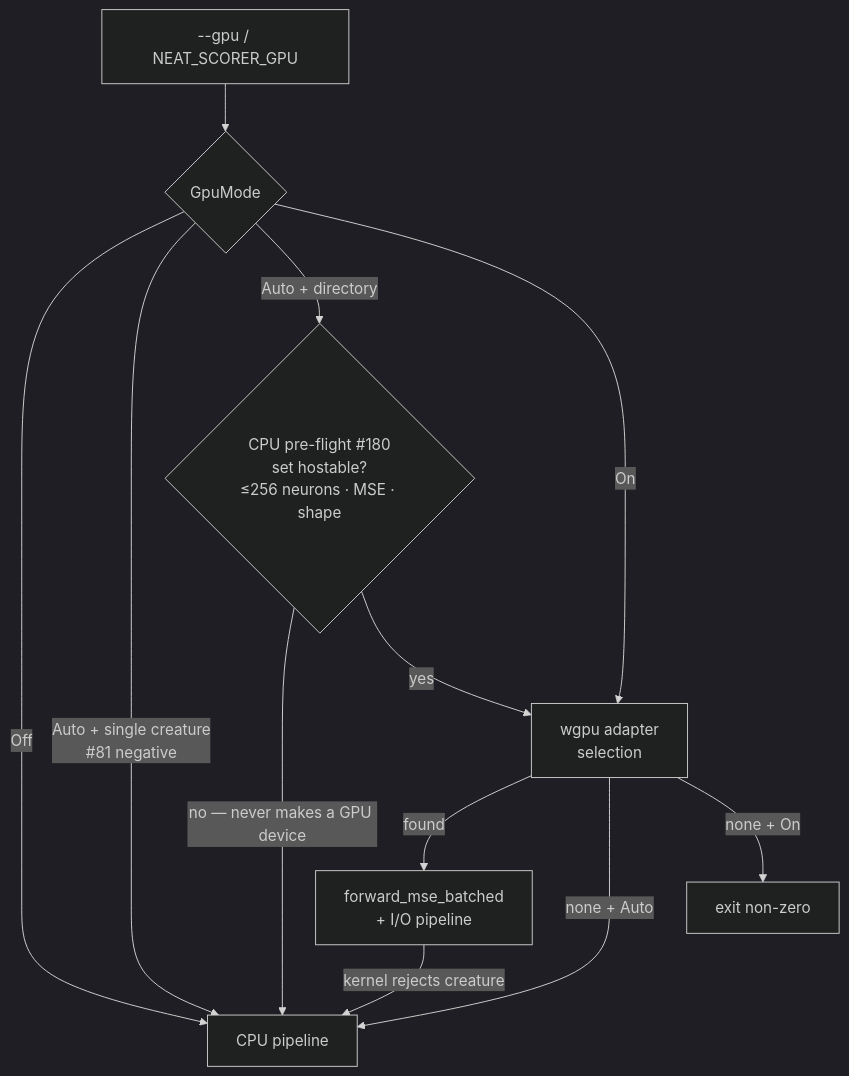
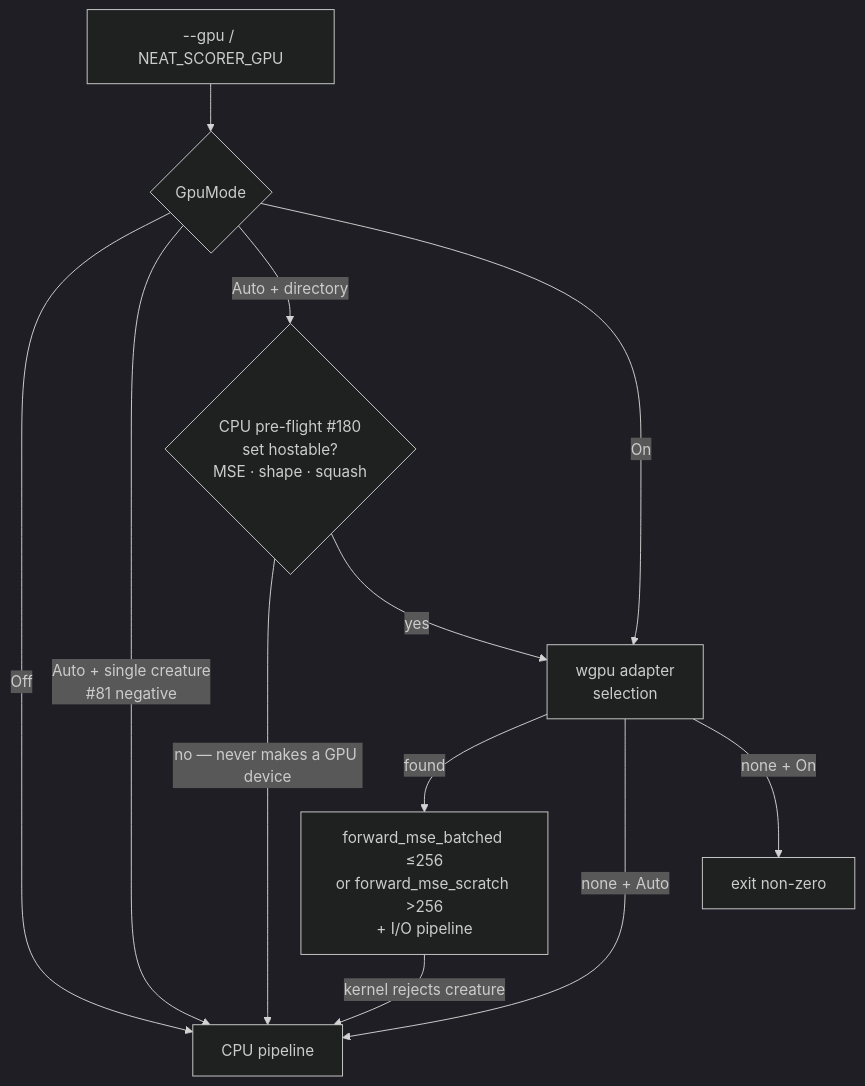
Before and after one commit to stSoftwareAU/NEAT-AI-scorer: the first of 7 diagrams in README.md, drawn with Mermaid (dark theme). The commit also changed other lines of this file and 13 other files, not shown here.

````diff
--- a/README.md
+++ b/README.md
@@ -82,14 +82,14 @@
 ```mermaid
 flowchart TD
     CLI[--gpu / NEAT_SCORER_GPU] --> Mode{GpuMode}
     Mode -->|Off| CPU[CPU pipeline]
     Mode -->|Auto + single creature<br/>#81 negative| CPU
-    Mode -->|Auto + directory| Preflight{CPU pre-flight #180<br/>set hostable?<br/>≤256 neurons · MSE · shape}
+    Mode -->|Auto + directory| Preflight{CPU pre-flight #180<br/>set hostable?<br/>MSE · shape · squash}
     Mode -->|On| Adapter[wgpu adapter<br/>selection]
     Preflight -->|no — never makes a GPU device| CPU
     Preflight -->|yes| Adapter
-    Adapter -->|found| GPUKernel[forward_mse_batched<br/>+ I/O pipeline]
+    Adapter -->|found| GPUKernel[forward_mse_batched ≤256<br/>or forward_mse_scratch >256<br/>+ I/O pipeline]
     Adapter -->|none + Auto| CPU
     Adapter -->|none + On| Err[exit non-zero]
     GPUKernel -->|kernel rejects creature| CPU
 ```
````
